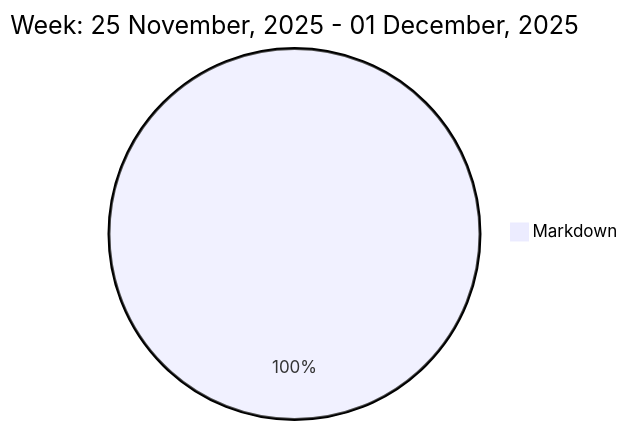
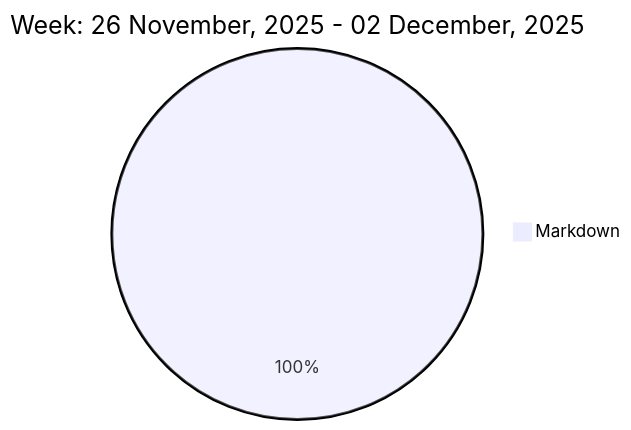
One commit to liubin95/liubin95 changed the diagram in README.md. Above: the diagram before and after it, drawn with Mermaid.

Commit message:
Updated the Graph with new Metrics

````diff
--- a/README.md
+++ b/README.md
@@ -37,5 +37,5 @@
 ```mermaid
  pie
-title Week: 25 November, 2025 - 01 December, 2025
- "Markdown" : 1.52
+title Week: 26 November, 2025 - 02 December, 2025
+ "Markdown" : 2.4
 ```
````
